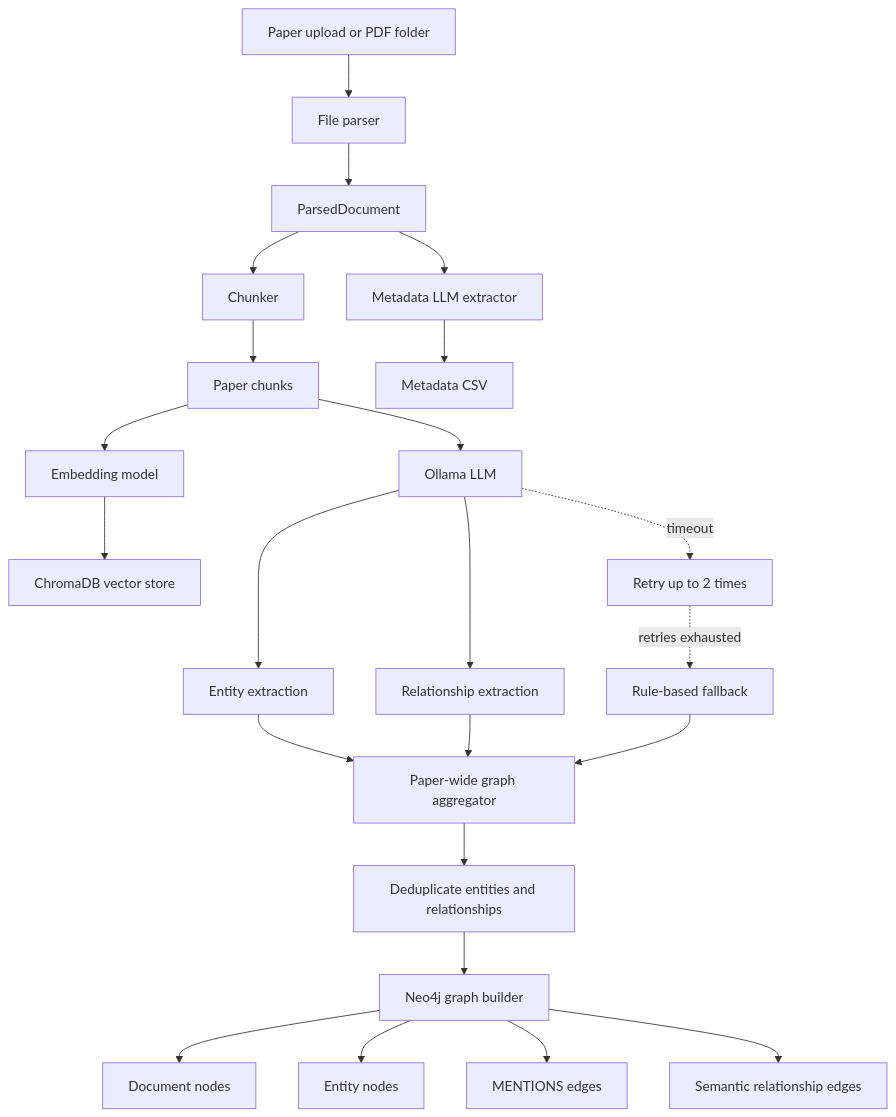
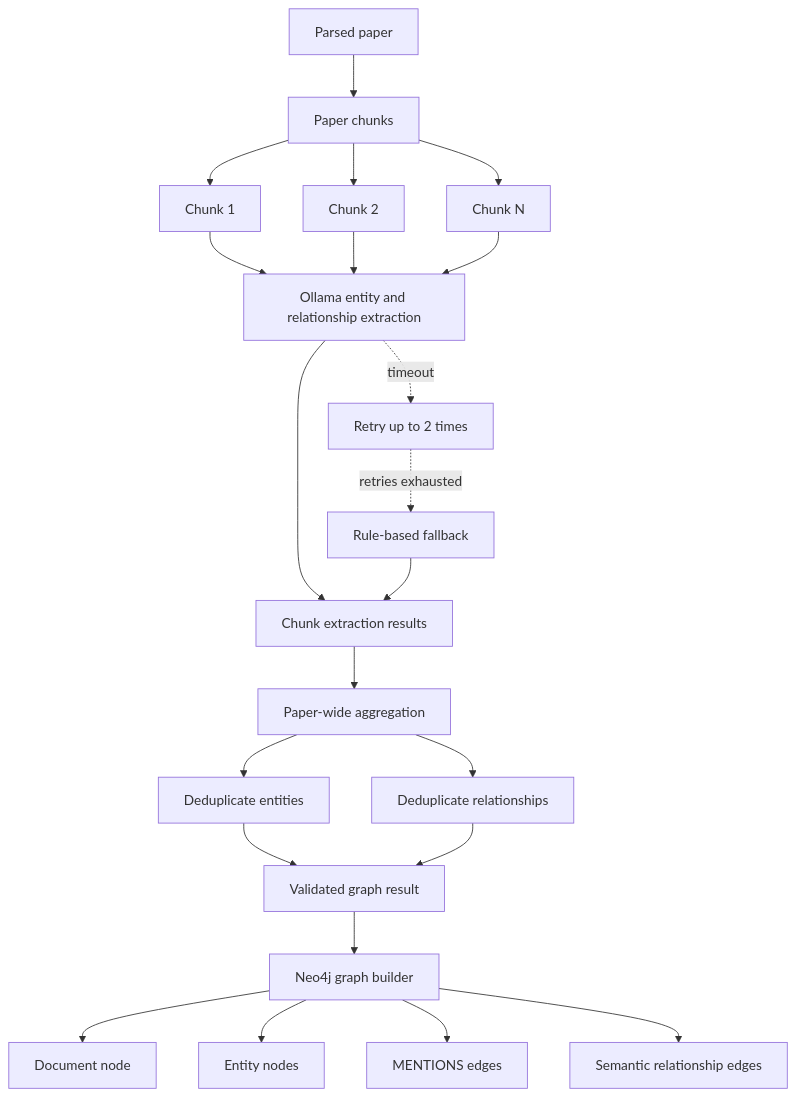
Before and after one commit to omartt4/AI-project-group: the diagram in GRAPH_KNOWLEDGE_BUILDING.md, drawn with Mermaid. The commit also changed other lines of this file, not shown here.

````diff
--- a/GRAPH_KNOWLEDGE_BUILDING.md
+++ b/GRAPH_KNOWLEDGE_BUILDING.md
@@ -188,30 +188,28 @@
 ```mermaid
 flowchart TD
-    A[Paper upload or PDF folder] --> B[File parser]
-    B --> C[ParsedDocument]
-    C --> D[Chunker]
-    D --> E[Paper chunks]
+    A[Parsed paper] --> B[Paper chunks]
+    B --> C[Chunk 1]
+    B --> D[Chunk 2]
+    B --> E[Chunk N]
 
-    E --> F[Ollama LLM]
-    F --> G[Entity extraction]
-    F --> H[Relationship extraction]
-    G --> I[Paper-wide graph aggregator]
-    H --> I
-    I --> J[Deduplicate entities and relationships]
+    C --> F[Ollama entity and relationship extraction]
+    D --> F
+    E --> F
 
-    C --> K[Metadata LLM extractor]
-    K --> L[Metadata CSV]
+    F --> G[Chunk extraction results]
+    G --> H[Paper-wide aggregation]
+    H --> I[Deduplicate entities]
+    H --> J[Deduplicate relationships]
+    I --> K[Validated graph result]
+    J --> K
 
-    E --> M[Embedding model]
-    M --> N[ChromaDB vector store]
+    K --> L[Neo4j graph builder]
+    L --> M[Document node]
+    L --> N[Entity nodes]
+    L --> O[MENTIONS edges]
+    L --> P[Semantic relationship edges]
 
-    J --> O[Neo4j graph builder]
-    O --> P[Document nodes]
-    O --> Q[Entity nodes]
-    O --> R[MENTIONS edges]
-    O --> S[Semantic relationship edges]
-
-    F -. timeout .-> T[Retry up to 2 times]
-    T -. retries exhausted .-> U[Rule-based fallback]
-    U --> I
+    F -. timeout .-> Q[Retry up to 2 times]
+    Q -. retries exhausted .-> R[Rule-based fallback]
+    R --> G
 ```
````
